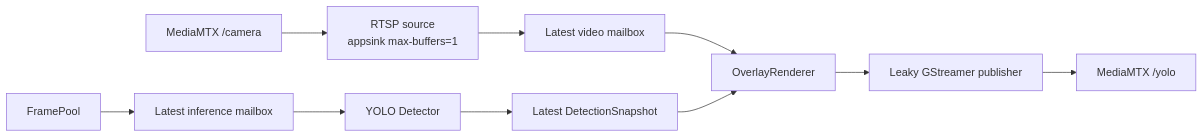
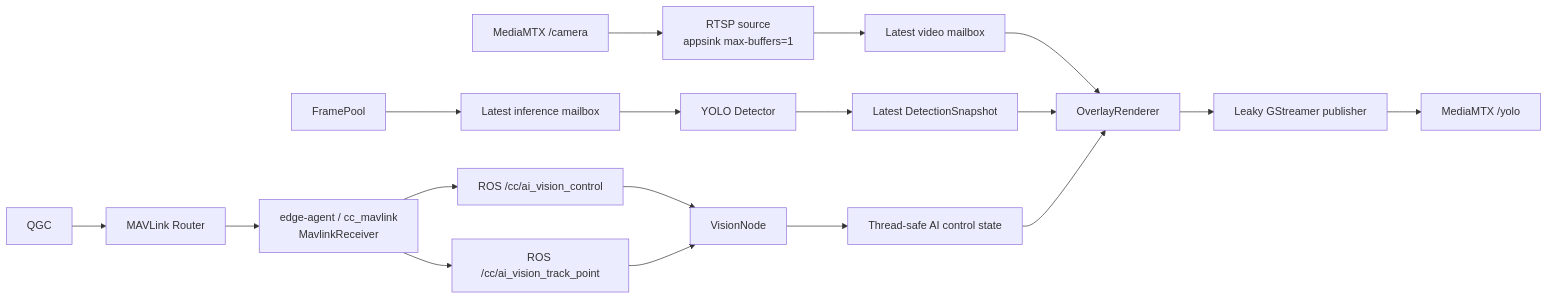
The diagram in src/modules/vision_v1/README.md (ThongTruong24/THACO_DRONE_CompanionComputer), drawn with Mermaid before and after one commit. The commit also changed other lines of this file and 29 other files, not shown here.

First line of the commit message:
Implement AI Vision Control and Target Selection Features

````diff
--- a/src/modules/vision_v1/README.md
+++ b/src/modules/vision_v1/README.md
@@ -21,13 +21,22 @@
 ```mermaid
 flowchart LR
     Camera[MediaMTX /camera] --> RTSP[RTSP source<br/>appsink max-buffers=1]
     RTSP --> VideoBox[Latest video mailbox]
     VideoBox --> Overlay[OverlayRenderer]
     Overlay --> Publisher[Leaky GStreamer publisher]
     Publisher --> Yolo[MediaMTX /yolo]
 
     Pool[FramePool] --> InferBox[Latest inference mailbox]
     InferBox --> Detector[YOLO Detector]
     Detector --> Store[Latest DetectionSnapshot]
     Store --> Overlay
+
+    QGC --> Router[MAVLink Router]
+    Router --> Receiver[edge-agent / cc_mavlink<br/>MavlinkReceiver]
+    Receiver --> ControlTopic[ROS /cc/ai_vision_control]
+    ControlTopic --> Node[VisionNode]
+    Node --> ControlStore[Thread-safe AI control state]
+    Receiver --> PointTopic[ROS /cc/ai_vision_track_point]
+    PointTopic --> Node
+    ControlStore --> Overlay
 ```
````
